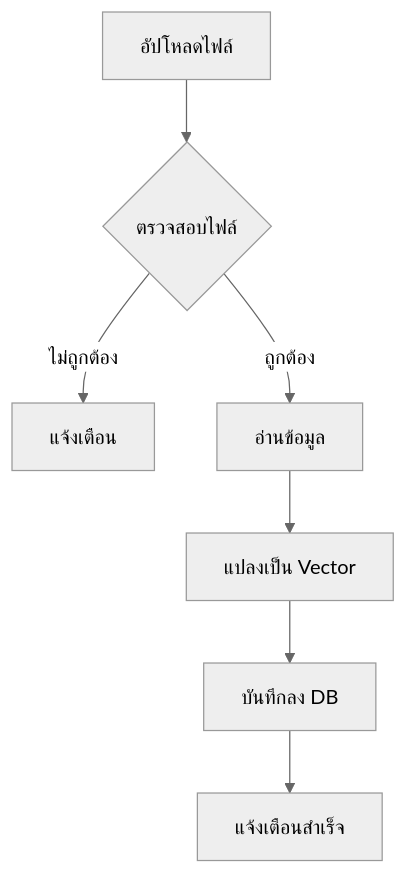
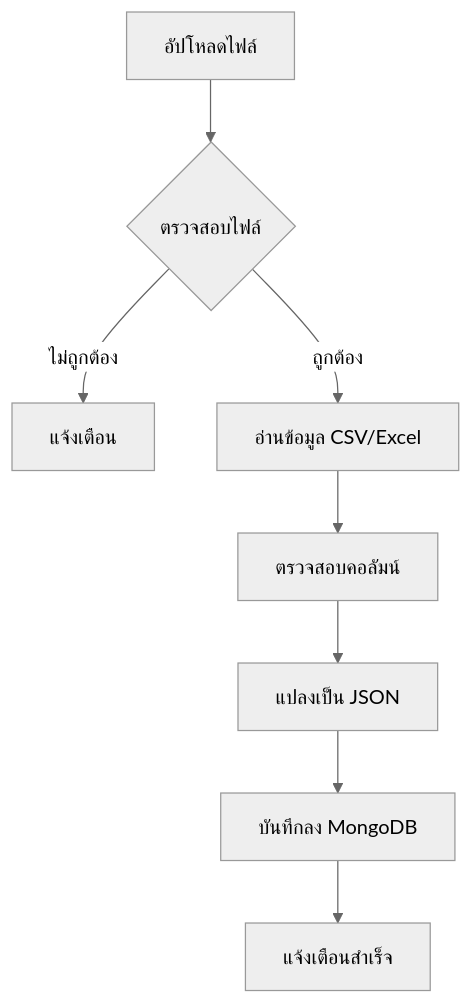
Before and after one commit to Phattarapong26/PowerAiChat_LLM: the seventh of 20 diagrams in docs/diagrams.md, drawn with Mermaid (neutral theme). The commit also changed other lines of this file, not shown here.

````diff
--- a/docs/diagrams.md
+++ b/docs/diagrams.md
@@ -132,9 +141,10 @@
 ```mermaid
 graph TD
     A[อัปโหลดไฟล์] --> B{ตรวจสอบไฟล์}
     B -->|ไม่ถูกต้อง| C[แจ้งเตือน]
-    B -->|ถูกต้อง| D[อ่านข้อมูล]
-    D --> E[แปลงเป็น Vector]
-    E --> F[บันทึกลง DB]
-    F --> G[แจ้งเตือนสำเร็จ]
+    B -->|ถูกต้อง| D[อ่านข้อมูล CSV/Excel]
+    D --> E[ตรวจสอบคอลัมน์]
+    E --> F[แปลงเป็น JSON]
+    F --> G[บันทึกลง MongoDB]
+    G --> H[แจ้งเตือนสำเร็จ]
 ```
````
